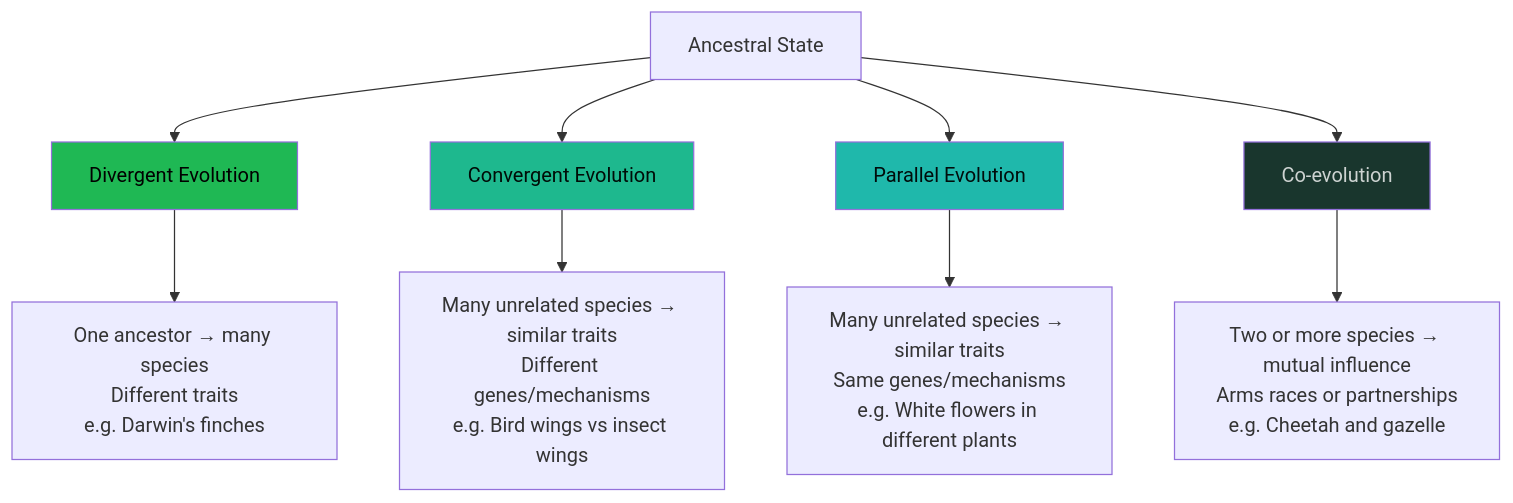
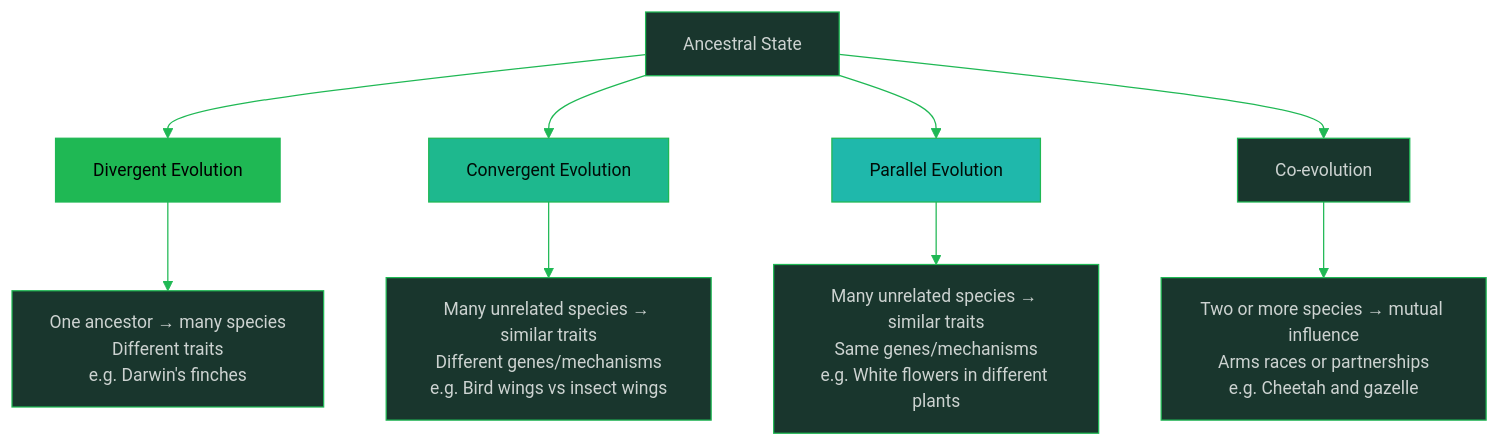
The second of 2 diagrams in Science/Advance/Biology/08_Evolution.md (oat431/general-knowledge), drawn with Mermaid before and after one commit. The commit also changed other lines of this file and 113 other files, not shown here.

````diff
--- a/Science/Advance/Biology/08_Evolution.md
+++ b/Science/Advance/Biology/08_Evolution.md
@@ -84,17 +85,18 @@
 ```mermaid
+%%{init: {'theme':'base','themeVariables':{'primaryColor':'#19362D','primaryTextColor':'#CDD3D1','primaryBorderColor':'#1FB854','lineColor':'#1FB854','background':'#1B1717','mainBkg':'#19362D','clusterBkg':'#161212','edgeLabelBackground':'#161212','titleColor':'#1FB854','fontSize':'14px'}}}%%
 flowchart TD
     ANCESTOR["Ancestral State"] --> DIV["Divergent Evolution"]
     ANCESTOR --> CONV["Convergent Evolution"]
     ANCESTOR --> PAR["Parallel Evolution"]
     ANCESTOR --> COEVO["Co-evolution"]
     
     DIV --> DIV_EX["One ancestor → many species<br/>Different traits<br/>e.g. Darwin's finches"]
     CONV --> CONV_EX["Many unrelated species → similar traits<br/>Different genes/mechanisms<br/>e.g. Bird wings vs insect wings"]
     PAR --> PAR_EX["Many unrelated species → similar traits<br/>Same genes/mechanisms<br/>e.g. White flowers in different plants"]
     COEVO --> COEVO_EX["Two or more species → mutual influence<br/>Arms races or partnerships<br/>e.g. Cheetah and gazelle"]
     
     style DIV fill:#1FB854,color:#000000
     style CONV fill:#1EB88E,color:#000C07
-    style PAR fill:#1FB8AB,color:#010C0B
+    style PAR fill:#1FB8AB,color:#000C07
     style COEVO fill:#19362D,color:#CDD3D1
 ```
````
